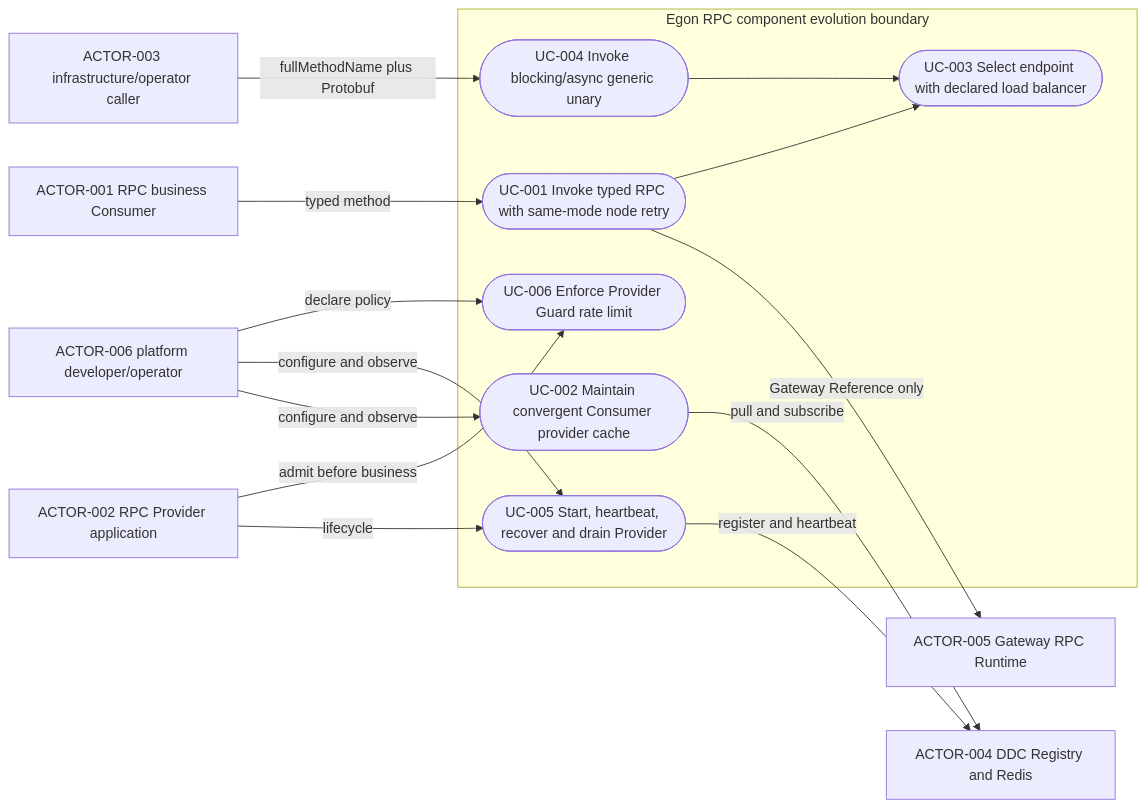
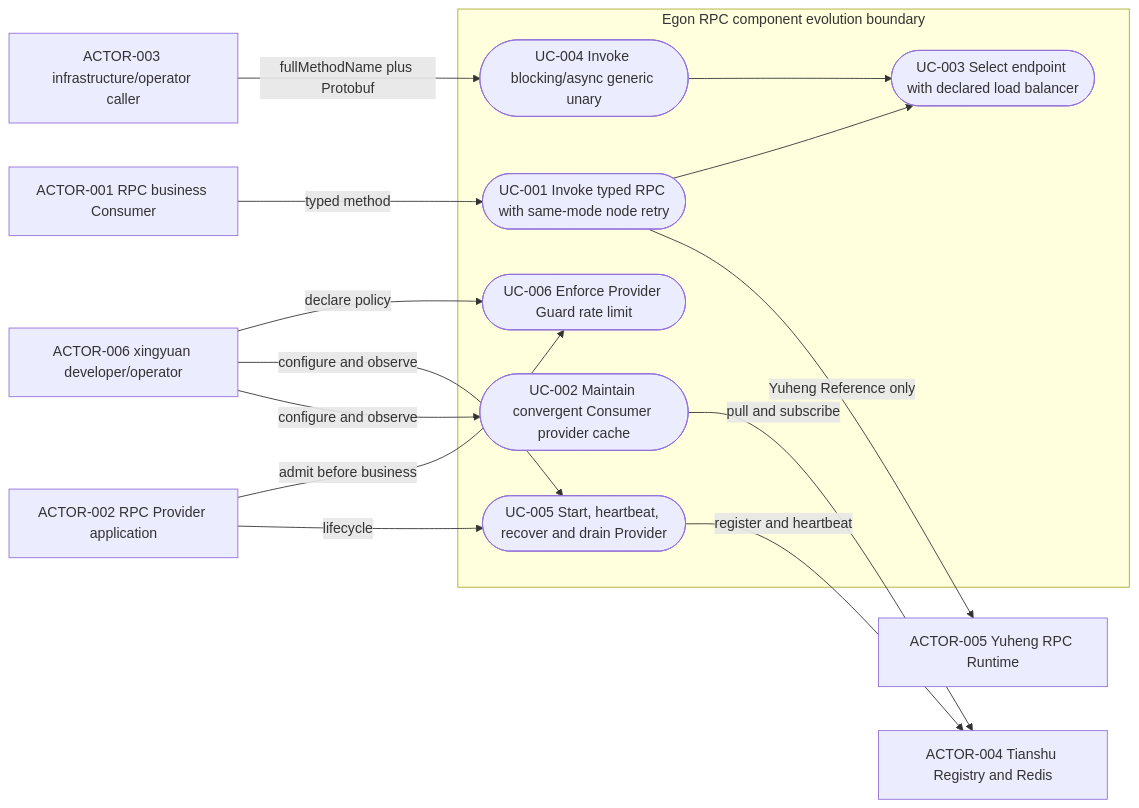
Before and after one commit to AllenDEricDAlexander/Egon-COLA: the first of 4 diagrams in docs/egon/spec/2026-08-19-15-36-rpc-runtime-governance-evolution.md, drawn with Mermaid. The commit also changed other lines of this file and 233 other files, not shown here.

````diff
--- a/docs/egon/spec/2026-08-19-15-36-rpc-runtime-governance-evolution.md
+++ b/docs/egon/spec/2026-08-19-15-36-rpc-runtime-governance-evolution.md
@@ -214,31 +214,31 @@
 ```mermaid
 flowchart LR
     Caller["ACTOR-001 RPC business Consumer"]
     Provider["ACTOR-002 RPC Provider application"]
     Generic["ACTOR-003 infrastructure/operator caller"]
-    DDC["ACTOR-004 DDC Registry and Redis"]
-    Gateway["ACTOR-005 Gateway RPC Runtime"]
-    Operator["ACTOR-006 platform developer/operator"]
+    Tianshu["ACTOR-004 Tianshu Registry and Redis"]
+    Yuheng["ACTOR-005 Yuheng RPC Runtime"]
+    Operator["ACTOR-006 xingyuan developer/operator"]
 
     subgraph Scope["Egon RPC component evolution boundary"]
         UC001(["UC-001 Invoke typed RPC with same-mode node retry"])
         UC002(["UC-002 Maintain convergent Consumer provider cache"])
         UC003(["UC-003 Select endpoint with declared load balancer"])
         UC004(["UC-004 Invoke blocking/async generic unary"])
         UC005(["UC-005 Start, heartbeat, recover and drain Provider"])
         UC006(["UC-006 Enforce Provider Guard rate limit"])
     end
 
     Caller -->|"typed method"| UC001
     Generic -->|"fullMethodName plus Protobuf"| UC004
-    UC001 -->|"Gateway Reference only"| Gateway
-    UC002 -->|"pull and subscribe"| DDC
+    UC001 -->|"Yuheng Reference only"| Yuheng
+    UC002 -->|"pull and subscribe"| Tianshu
     UC001 --> UC003
     UC004 --> UC003
     Provider -->|"lifecycle"| UC005
-    UC005 -->|"register and heartbeat"| DDC
+    UC005 -->|"register and heartbeat"| Tianshu
     Provider -->|"admit before business"| UC006
     Operator -->|"configure and observe"| UC002
     Operator -->|"configure and observe"| UC005
     Operator -->|"declare policy"| UC006
 ```
````
